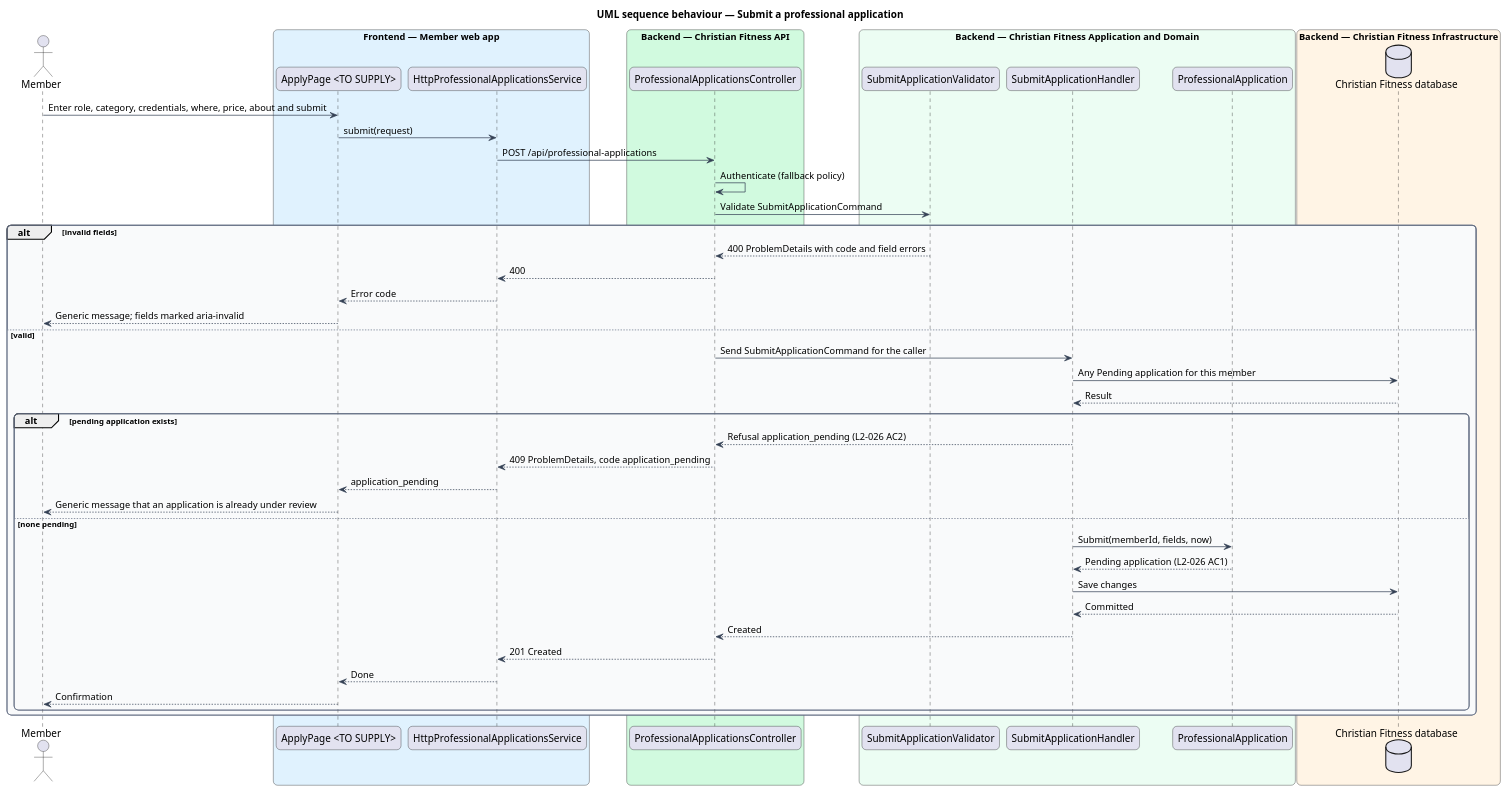
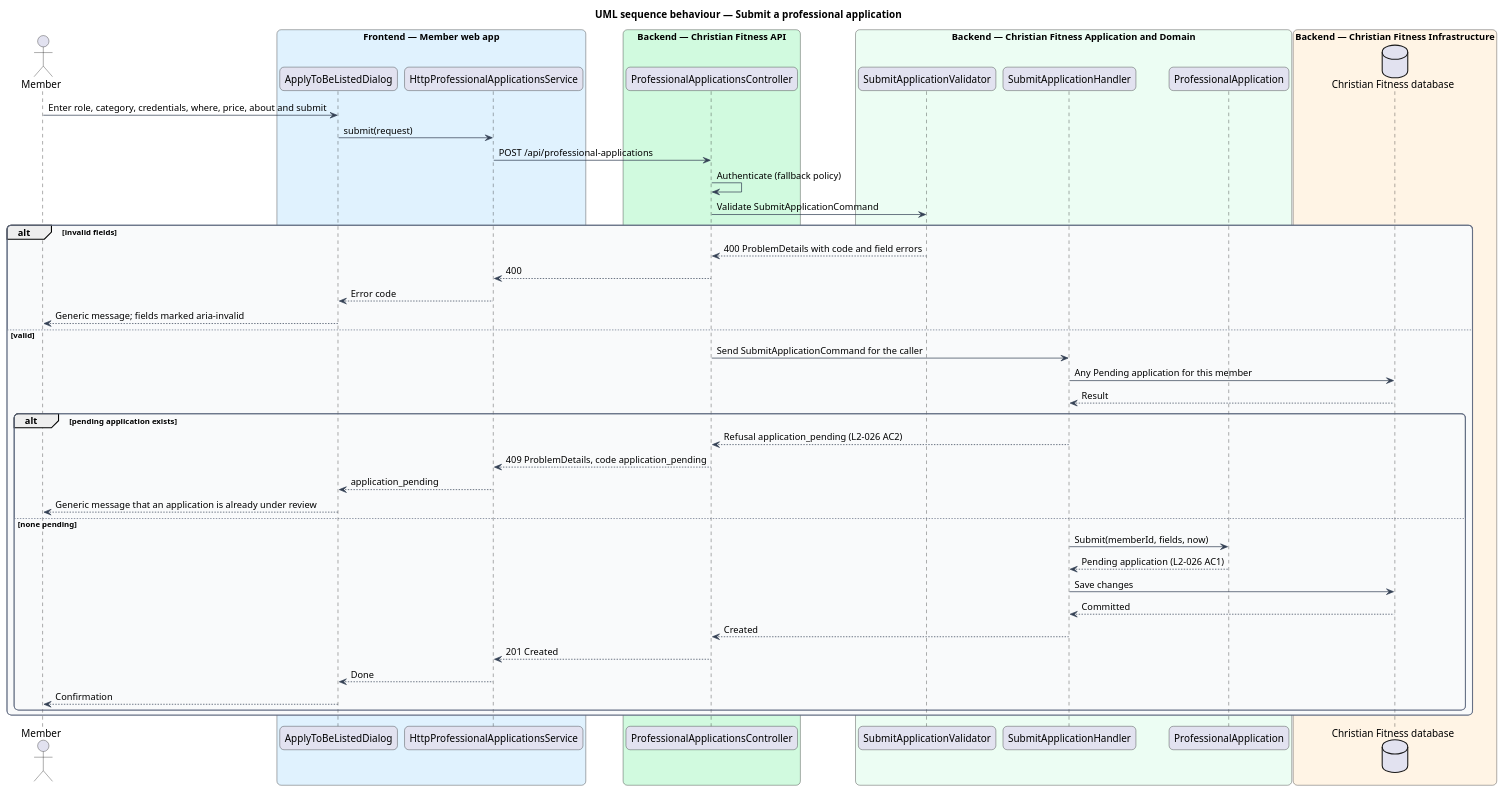
One commit to QuinntyneBrown/christian-fitness changed the diagram in docs/detailed-designs/admin-services/take-in-applications/diagrams/sequence-submit.puml. Above: the diagram before and after it, drawn with PlantUML. The commit also changed 46 other files, not shown here.

Commit message:
Slice 22.1: Apply to be listed

```diff
--- a/docs/detailed-designs/admin-services/take-in-applications/diagrams/sequence-submit.puml
+++ b/docs/detailed-designs/admin-services/take-in-applications/diagrams/sequence-submit.puml
@@ -1,63 +1,63 @@
 @startuml
 title UML sequence behaviour — Submit a professional application
 skinparam backgroundColor #FFFFFF
 skinparam shadowing false
 skinparam roundcorner 12
 skinparam defaultFontName Arial
 skinparam ArrowColor #344054
 skinparam rectangle {
   BorderColor #344054
   FontColor #101828
 }
 skinparam package {
   BorderColor #667085
   FontColor #101828
   BackgroundColor #F9FAFB
 }
 actor "Member" as actor
 box "Frontend — Member web app" #E0F2FE
-  participant "ApplyPage <TO SUPPLY>" as page
+  participant "ApplyToBeListedDialog" as page
   participant "HttpProfessionalApplicationsService" as client
 end box
 box "Backend — Christian Fitness API" #D1FADF
   participant "ProfessionalApplicationsController" as ctrl
 end box
 box "Backend — Christian Fitness Application and Domain" #ECFDF3
   participant "SubmitApplicationValidator" as val
   participant "SubmitApplicationHandler" as h
   participant "ProfessionalApplication" as ent
 end box
 box "Backend — Christian Fitness Infrastructure" #FFF4E5
   database "Christian Fitness database" as db
 end box
 actor -> page : Enter role, category, credentials, where, price, about and submit
 page -> client : submit(request)
 client -> ctrl : POST /api/professional-applications
 ctrl -> ctrl : Authenticate (fallback policy)
 ctrl -> val : Validate SubmitApplicationCommand
 alt invalid fields
   val --> ctrl : 400 ProblemDetails with code and field errors
   ctrl --> client : 400
   client --> page : Error code
   page --> actor : Generic message; fields marked aria-invalid
 else valid
   ctrl -> h : Send SubmitApplicationCommand for the caller
   h -> db : Any Pending application for this member
   db --> h : Result
   alt pending application exists
     h --> ctrl : Refusal application_pending (L2-026 AC2)
     ctrl --> client : 409 ProblemDetails, code application_pending
     client --> page : application_pending
     page --> actor : Generic message that an application is already under review
   else none pending
     h -> ent : Submit(memberId, fields, now)
     ent --> h : Pending application (L2-026 AC1)
     h -> db : Save changes
     db --> h : Committed
     h --> ctrl : Created
     ctrl --> client : 201 Created
     client --> page : Done
     page --> actor : Confirmation
   end
 end
 @enduml
```
